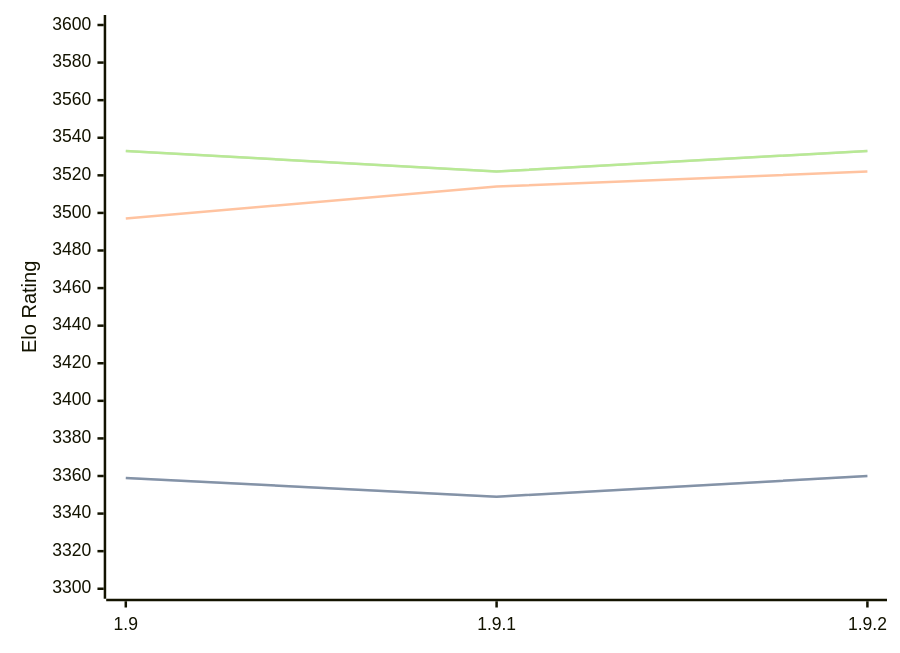
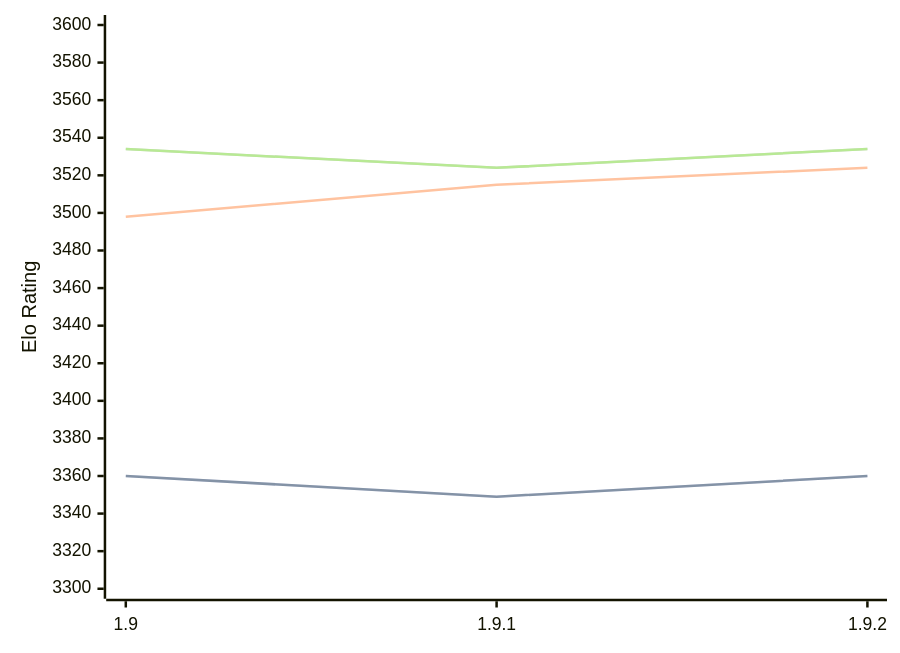
One commit to computer-chess-index/cci changed the first of 3 diagrams in engines/Pawnocchio.md. Above: the diagram before and after it, drawn with Mermaid. The commit also changed other lines of this file, not shown here.

Commit message:
Update CCI Ratings (ELO VLTC) - 2026-06-22

````diff
--- a/engines/Pawnocchio.md
+++ b/engines/Pawnocchio.md
@@ -48,11 +48,11 @@
 ```mermaid
 %%{init: {"theme":"base","themeVariables":{"seriesColors:['#a3a3a3','#222221','#faa371']}}}%%
 xychart-beta
   x-axis ["1.9", "1.9.1", "1.9.2"]
   y-axis "Elo Rating" 3300 --> 3600
-  line "STC (8.0+0.08s)" [3359, 3349, 3360]
-  line "STC (8.0+0.08s)" [3359, 3349, 3360]
-  line "LTC (60.0+0.60s)" [3497, 3514, 3522]
-  line "VLTC (2m24s+1.12s)" [3533, 3522, 3533]
-  line "VLTC (2m24s+1.12s)" [3533, 3522, 3533]
+  line "STC (8.0+0.08s)" [3360, 3349, 3360]
+  line "STC (8.0+0.08s)" [3360, 3349, 3360]
+  line "LTC (60.0+0.60s)" [3498, 3515, 3524]
+  line "VLTC (2m24s+1.12s)" [3534, 3524, 3534]
+  line "VLTC (2m24s+1.12s)" [3534, 3524, 3534]
 ```
````
